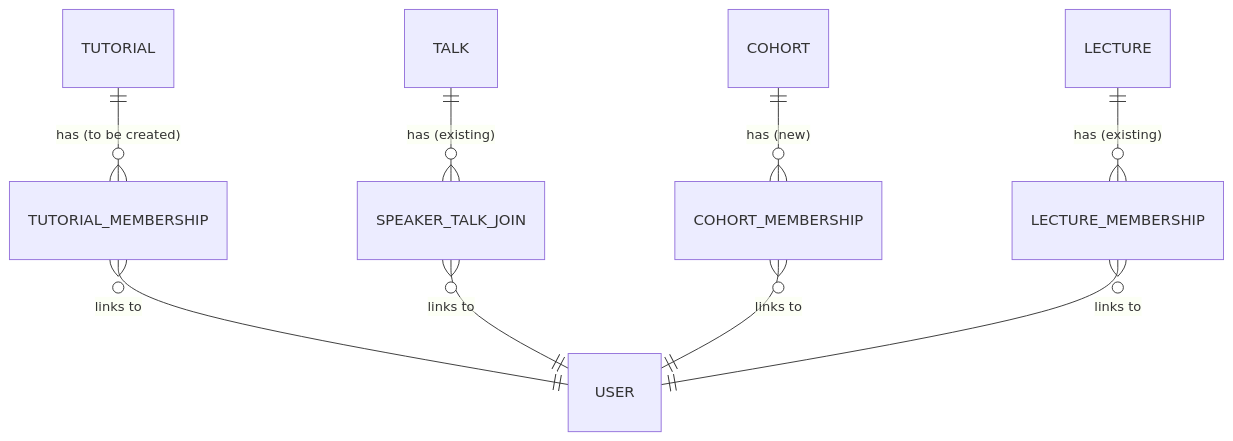
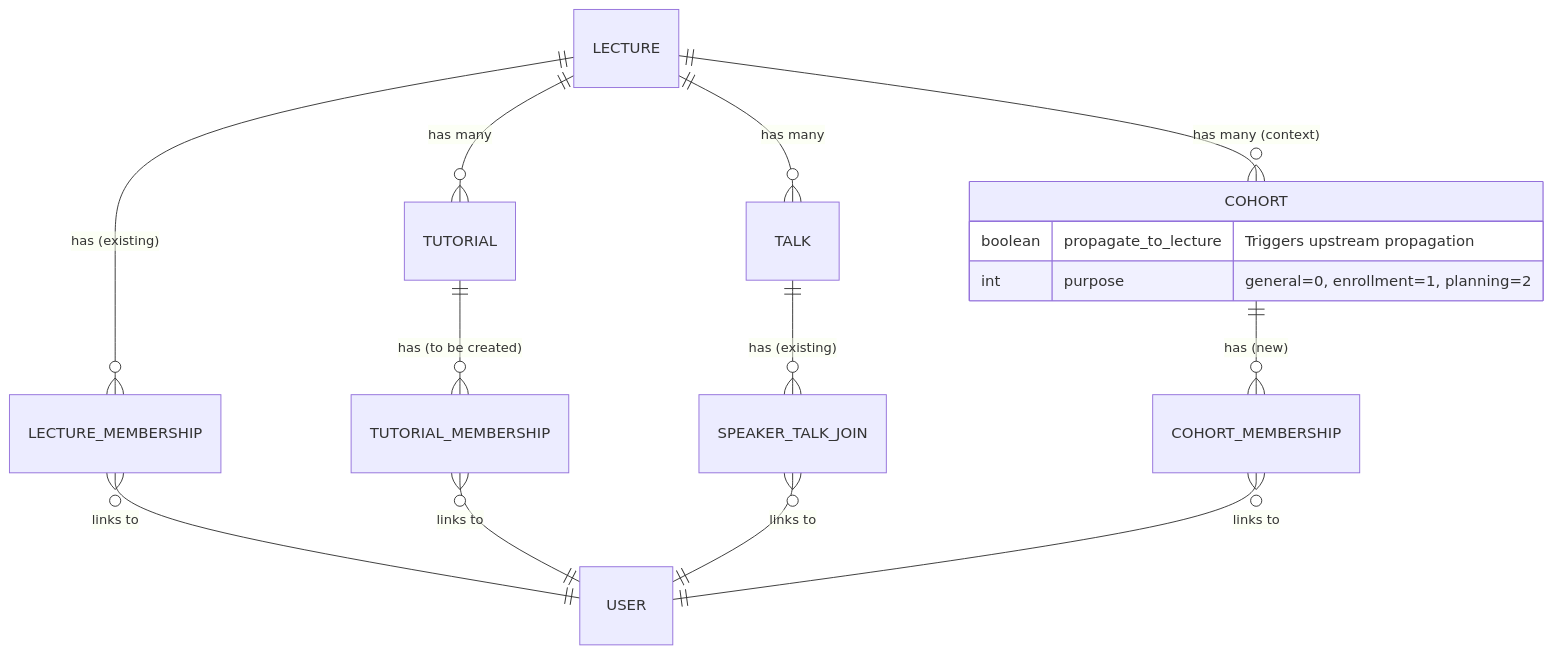
One commit to MaMpf-HD/mampf changed the first of 2 diagrams in architecture/src/features/03-rosters.md. Above: the diagram before and after it, drawn with Mermaid. The commit also changed other lines of this file and 3 other files, not shown here.

Commit message:
Enhance registration documentation and examples for upstream propagation and cohort patterns

````diff
--- a/architecture/src/features/03-rosters.md
+++ b/architecture/src/features/03-rosters.md
@@ -494,14 +577,21 @@
 ```mermaid
 erDiagram
+    LECTURE ||--o{ LECTURE_MEMBERSHIP : "has (existing)"
+    LECTURE_MEMBERSHIP }o--|| USER : "links to"
+
+    LECTURE ||--o{ TUTORIAL : "has many"
     TUTORIAL ||--o{ TUTORIAL_MEMBERSHIP : "has (to be created)"
     TUTORIAL_MEMBERSHIP }o--|| USER : "links to"
 
+    LECTURE ||--o{ TALK : "has many"
     TALK ||--o{ SPEAKER_TALK_JOIN : "has (existing)"
     SPEAKER_TALK_JOIN }o--|| USER : "links to"
 
+    LECTURE ||--o{ COHORT : "has many (context)"
     COHORT ||--o{ COHORT_MEMBERSHIP : "has (new)"
     COHORT_MEMBERSHIP }o--|| USER : "links to"
-
-    LECTURE ||--o{ LECTURE_MEMBERSHIP : "has (existing)"
-    LECTURE_MEMBERSHIP }o--|| USER : "links to"
+    COHORT {
+        boolean propagate_to_lecture "Triggers upstream propagation"
+        int purpose "general=0, enrollment=1, planning=2"
+    }
 ```
````
